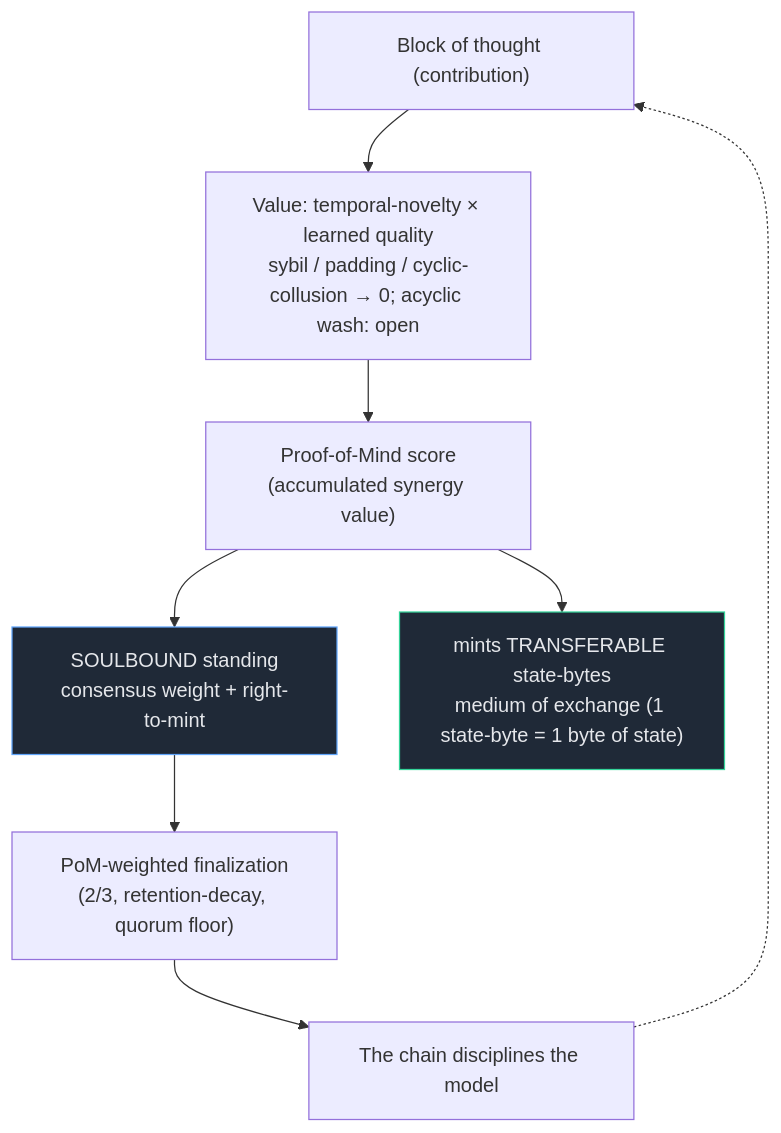
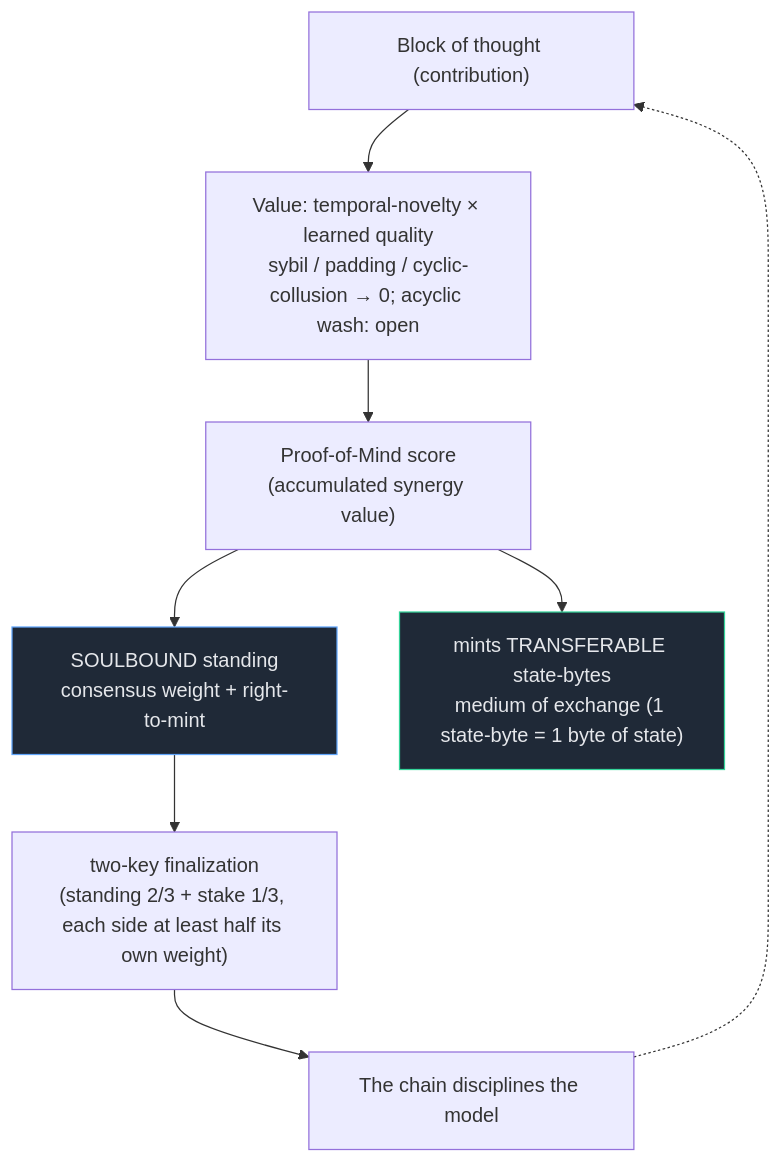
One commit to WGlynn/noesis changed the diagram in README.md. Above: the diagram before and after it, drawn with Mermaid. The commit also changed other lines of this file, not shown here.

First line of the commit message:
README: built for an economy after intellectual property (acknowledging where things came from is the load-bearing part); Why section states the two-key finality rule

````diff
--- a/README.md
+++ b/README.md
@@ -101,14 +111,14 @@
 ```mermaid
 flowchart TD
   CONTRIB["Block of thought (contribution)"] --> VAL["Value: temporal-novelty × learned quality<br/>sybil / padding / cyclic-collusion → 0; acyclic wash: open"]
   VAL --> POM["Proof-of-Mind score<br/>(accumulated synergy value)"]
   POM --> STAND["SOULBOUND standing<br/>consensus weight + right-to-mint"]
   POM --> BYTES["mints TRANSFERABLE state-bytes<br/>medium of exchange (1 state-byte = 1 byte of state)"]
-  STAND --> CONS["PoM-weighted finalization<br/>(2/3, retention-decay, quorum floor)"]
+  STAND --> CONS["two-key finalization<br/>(standing 2/3 + stake 1/3, each side at least half its own weight)"]
   CONS --> ENF["The chain disciplines the model"]
   ENF -.-> CONTRIB
   classDef sb fill:#1f2937,stroke:#60a5fa,color:#e5e7eb;
   classDef tr fill:#1f2937,stroke:#34d399,color:#e5e7eb;
   class STAND sb
   class BYTES tr
 ```
````
